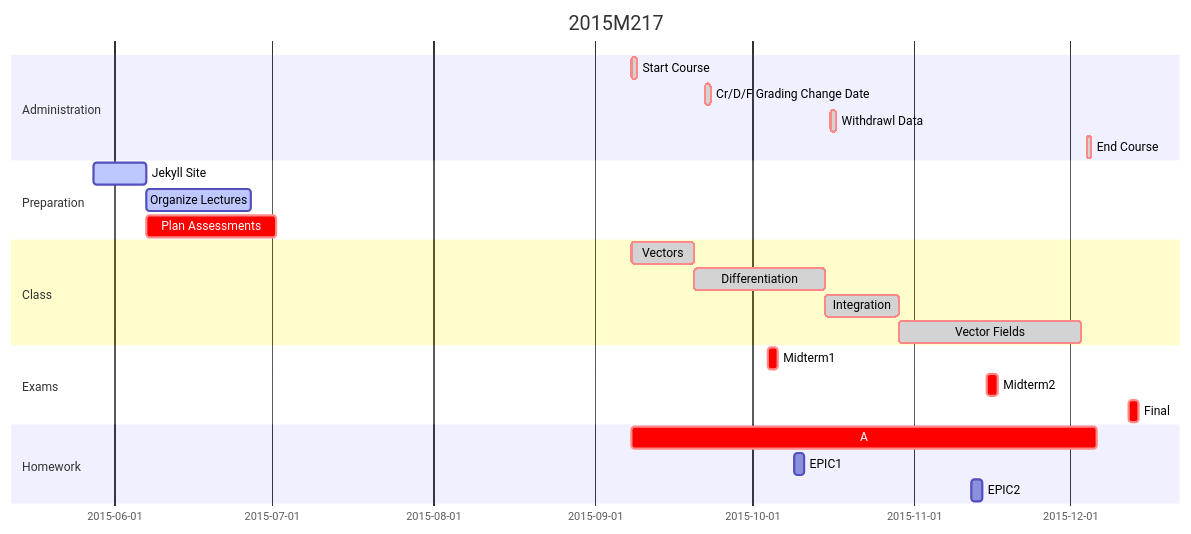
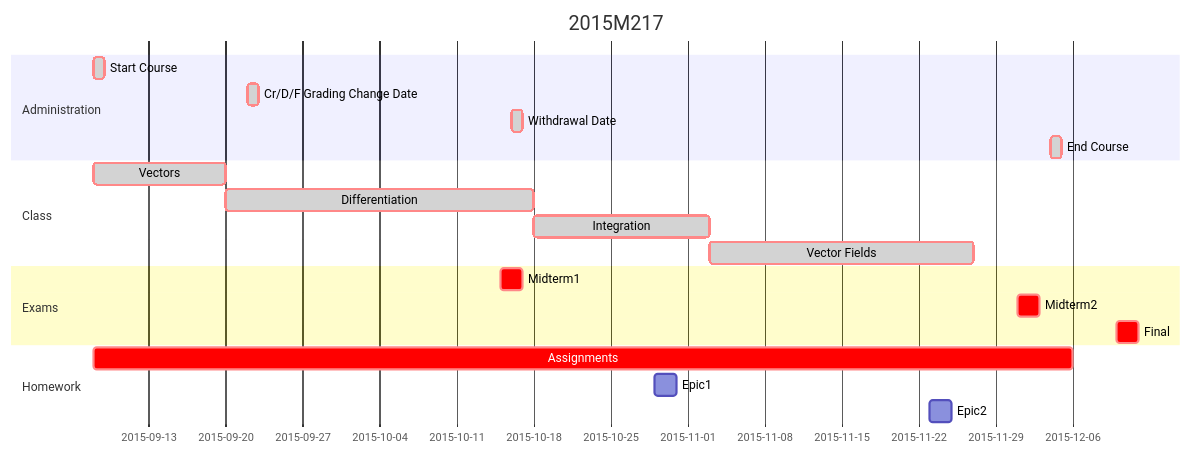
One commit to colliand/2015M217 changed the first of 2 diagrams in pages/schedule.md. Above: the diagram before and after it, drawn with Mermaid. The commit also changed other lines of this file and 2 other files, not shown here.

First line of the commit message:
Add midterm 2 and final exam date to schedule

```diff
--- a/pages/schedule.md
+++ b/pages/schedule.md
@@ -69,33 +59,28 @@
 <div class="mermaid">
 gantt
         dateFormat  YYYY-MM-DD
         title 2015M217
 
         section Administration
-        Start Course     :crit, done, admin1, 2015-09-08, 1d
-        Cr/D/F Grading Change Date    :crit, done, admin2, 2015-09-22, 1d
-        Withdrawl Data     :crit, done, admin3, 2015-10-16, 1d
-        End Course      :crit, done, admin4, 2015-12-04, 1d
-
-        section Preparation
-        Jekyll Site     :active, web1, 2015-05-28, 10d
-        Organize Lectures   :active, web2, after web1, 20d
-        Plan Assessments    :crit, after web1, 25d
+        Start Course                :crit, done, admin1, 2015-09-08, 1d
+        Cr/D/F Grading Change Date  :crit, done, admin2, 2015-09-22, 1d
+        Withdrawal Date             :crit, done, admin3, 2015-10-16, 1d
+        End Course                  :crit, done, admin4, 2015-12-04, 1d
 
         section Class
-        Vectors            	:crit, done,    des1, 2015-09-08, 12d
-        Differentiation		      :crit, done, des2, after des1, 25d
-        Integration               :crit, done, des3, after des2, 14d
-        Vector Fields               :crit, done, des4, after des3, 35d
+        Vectors                     :crit, done, des1, 2015-09-08, 12d
+        Differentiation		        :crit, done, des2, after des1, 28d
+        Integration                 :crit, done, des3, after des2, 16d
+        Vector Fields               :crit, done, des4, after des3, 24d
 
         section Exams
-        Midterm1	:crit, mt1, 2015-10-04, 2d
-        Midterm2	:crit, mt2, 2015-11-15, 2d
-        Final		:crit, final1, 2015-12-12, 2d
+        Midterm1    :crit, mt1, 2015-10-15, 2d
+        Midterm2	:crit, mt2, 2015-12-01, 2d
+        Final		:crit, final1, 2015-12-10, 2d
 
         section Homework
-        A          :crit, A1, 2015-09-08, 89d
-        EPIC1       : epic3, 2015-10-09, 2d
-        EPIC2       : epic4, 2015-11-12, 2d
+        Assignments :crit, A1, 2015-09-08, 89d
+        Epic1       :epic1, 2015-10-29, 2d
+        Epic2       :epic2, 2015-11-23, 2d
   
 </div>
```
